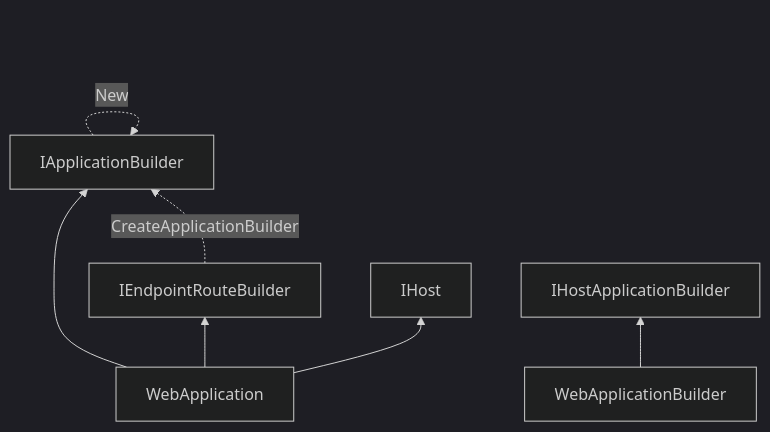
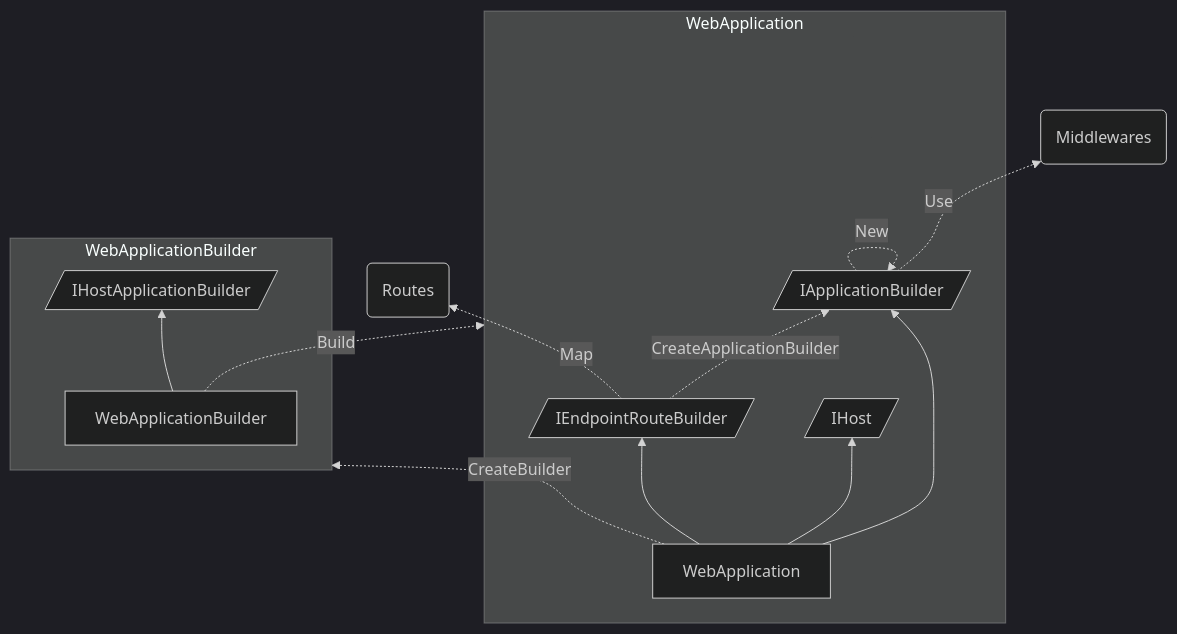
Before and after one commit to coin8086/learning-dotnet: the first of 2 diagrams in HostedService/README.md, drawn with Mermaid (dark theme). The commit also changed other lines of this file, not shown here.

````diff
--- a/HostedService/README.md
+++ b/HostedService/README.md
@@ -3,20 +5,29 @@
 ```mermaid
 flowchart BT
-  IAppBuilder[IApplicationBuilder]
-  IEpBuilder[IEndpointRouteBuilder]
-  IHost[IHost]
-  webApp[WebApplication]
+  subgraph WebApplication
+    IAppBuilder[/IApplicationBuilder/]
+    IEpBuilder[/IEndpointRouteBuilder/]
+    IHost[/IHost/]
+    webApp[WebApplication]
 
-  webAppBuilder[WebApplicationBuilder]
-  IHostAppBuilder[IHostApplicationBuilder]
+    webApp --> IAppBuilder
+    webApp --> IEpBuilder
+    webApp --> IHost
+  end
 
-  webApp --> IAppBuilder
-  webApp --> IEpBuilder
-  webApp --> IHost
+  IAppBuilder .-> |Use| Middlewares(Middlewares)
+  IEpBuilder .-> |Map| Routes(Routes)
 
   IAppBuilder .-> |New| IAppBuilder
   IEpBuilder .-> |CreateApplicationBuilder| IAppBuilder
 
-  webAppBuilder --> IHostAppBuilder
+  subgraph WebApplicationBuilder
+    webAppBuilder[WebApplicationBuilder]
+    IHostAppBuilder[/IHostApplicationBuilder/]
 
+    webAppBuilder --> IHostAppBuilder
+  end
+
+  webAppBuilder .-> |Build| WebApplication
+  webApp .-> |CreateBuilder| WebApplicationBuilder
 ```
````
